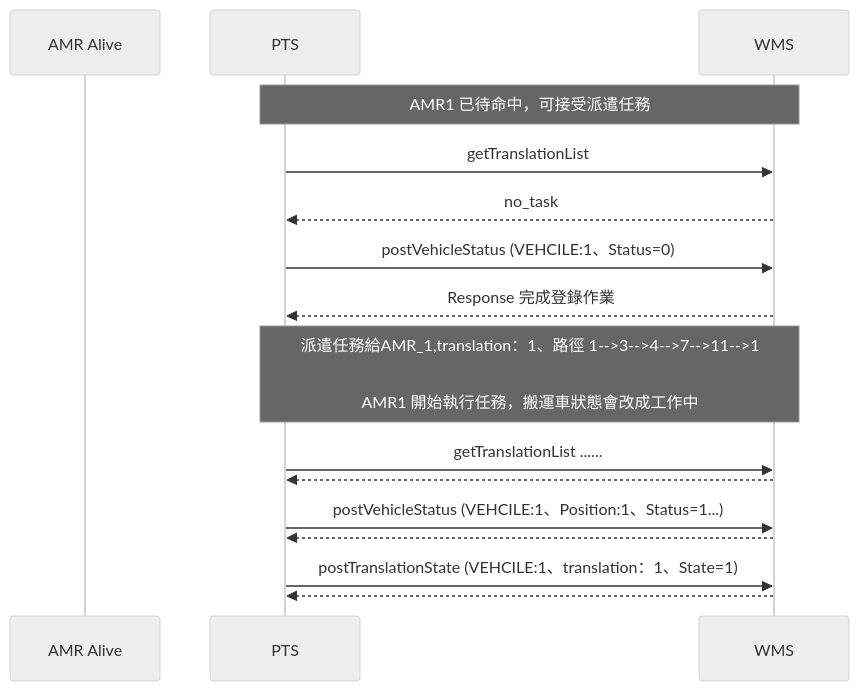
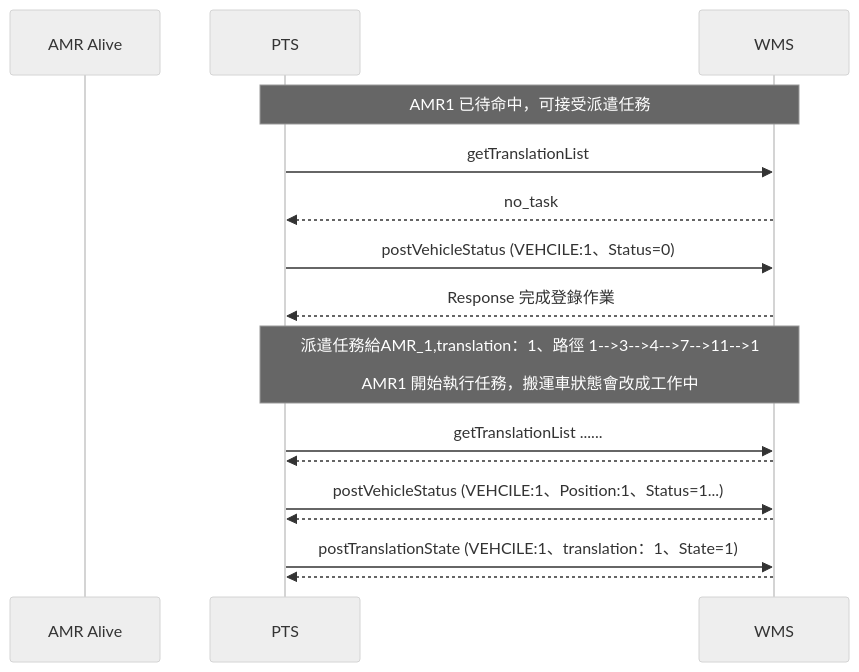
Before and after one commit to athena-tircgo/amr-wms-lsj: the sixth of 6 diagrams in README.md, drawn with Mermaid (neutral theme).

````diff
--- a/README.md
+++ b/README.md
@@ -340,21 +340,21 @@
 ```mermaid
 sequenceDiagram
     participant AMR Alive
     participant PTS
     participant WMS
 
 note over PTS,WMS: AMR1 已待命中，可接受派遣任務
         PTS->>WMS: getTranslationList
         WMS-->>PTS: no_task
         PTS->>WMS: postVehicleStatus (VEHCILE:1、Status=0)
         WMS-->>PTS: Response 完成登錄作業
         
-note over PTS,WMS: 派遣任務給AMR_1,translation：1、路徑 1-->3-->4-->7-->11-->1<br><br><br>AMR1 開始執行任務，搬運車狀態會改成工作中
+note over PTS,WMS: 派遣任務給AMR_1,translation：1、路徑 1-->3-->4-->7-->11-->1<br><br>AMR1 開始執行任務，搬運車狀態會改成工作中
      PTS->>WMS: getTranslationList ......
      WMS-->>PTS:
      PTS->>WMS: postVehicleStatus (VEHCILE:1、Position:1、Status=1...)
      WMS-->>PTS:
      PTS->>WMS: postTranslationState (VEHCILE:1、translation：1、State=1)
      WMS-->>PTS:
 
 ```
````
